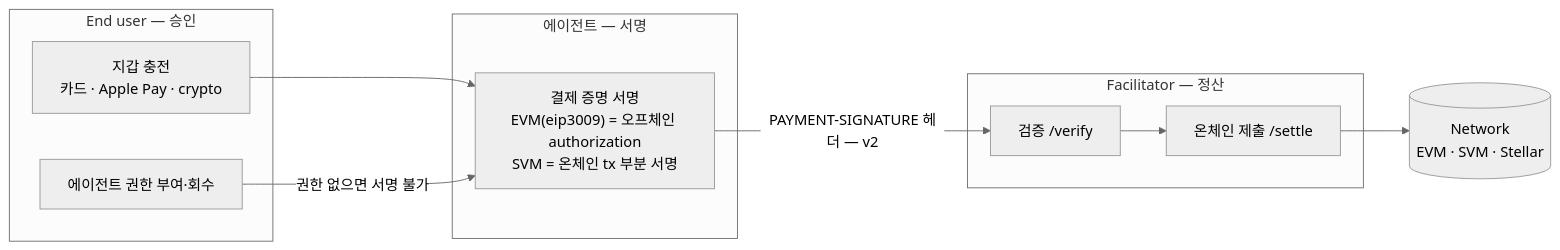
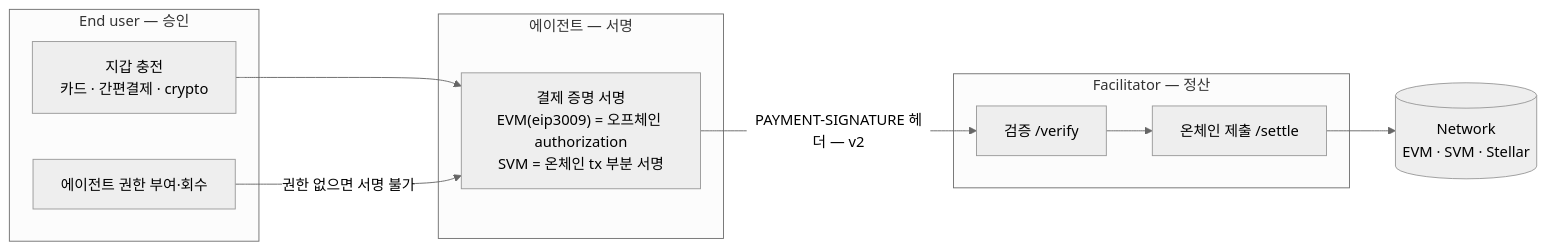
The diagram in blockchain-manager/docs/디지털 자산/에이전트 결제/00-overview.md (eunsujeo/eunpus), drawn with Mermaid (neutral theme) before and after one commit. The commit also changed other lines of this file and 13 other files, not shown here.

````diff
--- a/blockchain-manager/docs/디지털 자산/에이전트 결제/00-overview.md
+++ b/blockchain-manager/docs/디지털 자산/에이전트 결제/00-overview.md
@@ -50,18 +50,18 @@
 ```mermaid
 flowchart LR
     subgraph USER[End user — 승인]
-        FUND[지갑 충전<br/>카드 · Apple Pay · crypto]
+        FUND[지갑 충전<br/>카드 · 간편결제 · crypto]
         GRANT[에이전트 권한 부여·회수]
     end
     subgraph AGENT[에이전트 — 서명]
         SIGN[결제 증명 서명<br/>EVM#40;eip3009#41; = 오프체인 authorization<br/>SVM = 온체인 tx 부분 서명]
     end
     subgraph FAC[Facilitator — 정산]
         VERIFY[검증 /verify]
         SETTLE[온체인 제출 /settle]
     end
     FUND --> SIGN
     GRANT -->|권한 없으면 서명 불가| SIGN
     SIGN -->|PAYMENT-SIGNATURE 헤더 — v2| VERIFY --> SETTLE
     SETTLE --> CHAIN[(Network<br/>EVM · SVM · Stellar)]
 ```
````
